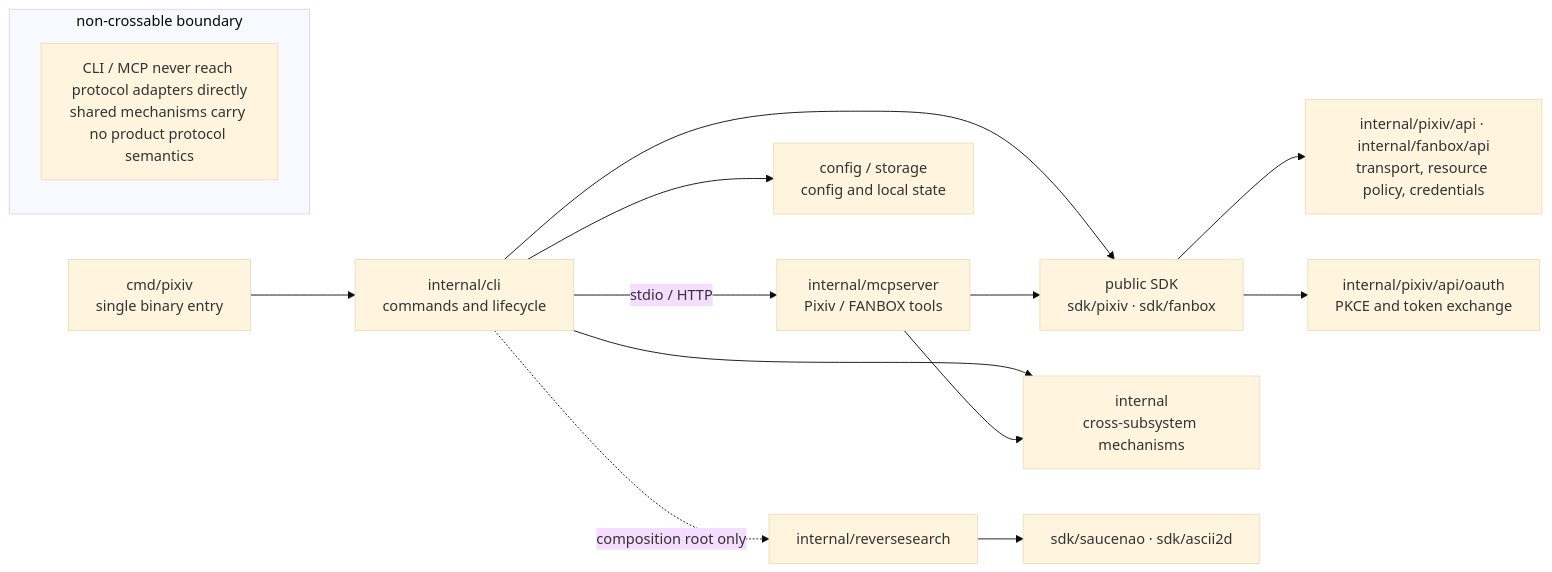
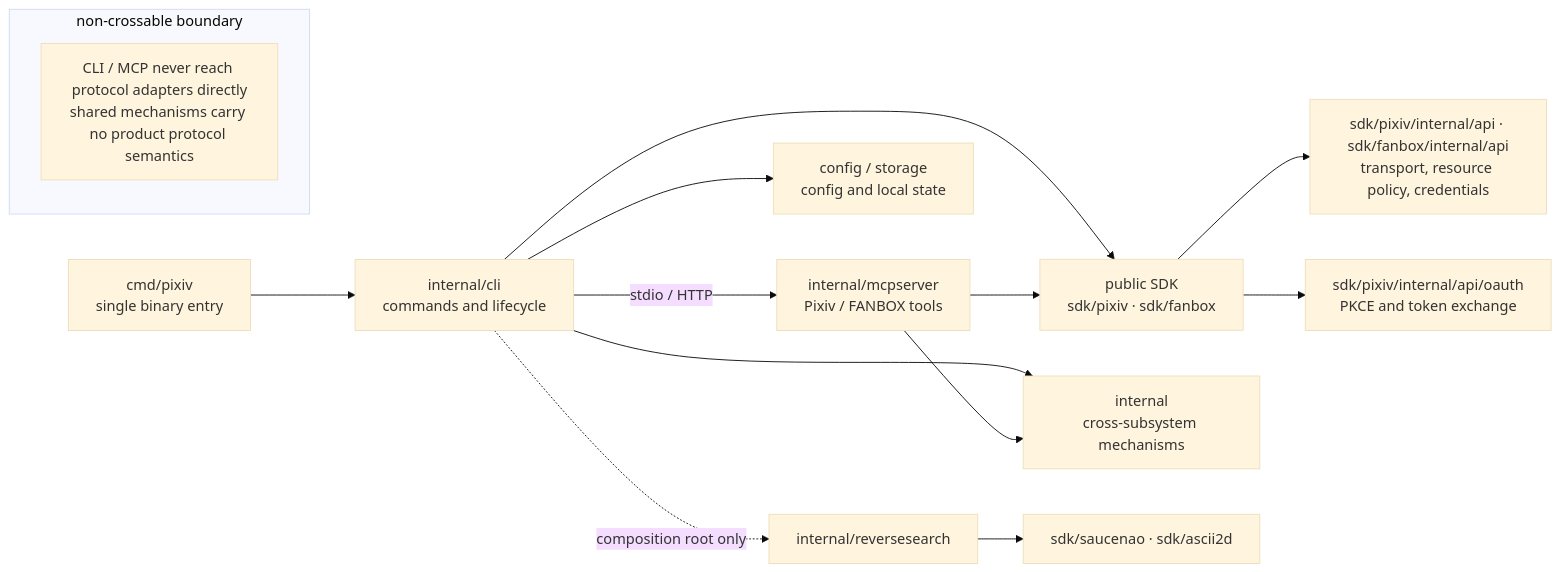
The first of 5 diagrams in docs/en/maintainers/architecture.md (FlanChanXwO/pixiv-cli), drawn with Mermaid (base theme) before and after one commit. The commit also changed other lines of this file and 254 other files, not shown here.

````diff
--- a/docs/en/maintainers/architecture.md
+++ b/docs/en/maintainers/architecture.md
@@ -5,18 +5,18 @@
 ```mermaid
 flowchart LR
     ENTRY["cmd/pixiv<br/>single binary entry"] --> CLI["internal/cli<br/>commands and lifecycle"]
     CLI -->|"stdio / HTTP"| MCP["internal/mcpserver<br/>Pixiv / FANBOX tools"]
     CLI --> SDK["public SDK<br/>sdk/pixiv · sdk/fanbox"]
     MCP --> SDK
-    SDK --> API["internal/pixiv/api · internal/fanbox/api<br/>transport, resource policy, credentials"]
-    SDK --> OAUTH["internal/pixiv/api/oauth<br/>PKCE and token exchange"]
+    SDK --> API["sdk/pixiv/internal/api · sdk/fanbox/internal/api<br/>transport, resource policy, credentials"]
+    SDK --> OAUTH["sdk/pixiv/internal/api/oauth<br/>PKCE and token exchange"]
     CLI --> SHARED["internal<br/>cross-subsystem mechanisms"]
     MCP --> SHARED
     CLI --> STATE["config / storage<br/>config and local state"]
     CLI -.->|"composition root only"| RSA["internal/reversesearch"]
     RSA --> RSSDK["sdk/saucenao · sdk/ascii2d"]
 
     subgraph boundary["non-crossable boundary"]
         RULE["CLI / MCP never reach protocol adapters directly<br/>shared mechanisms carry no product protocol semantics"]
     end
 ```
````
